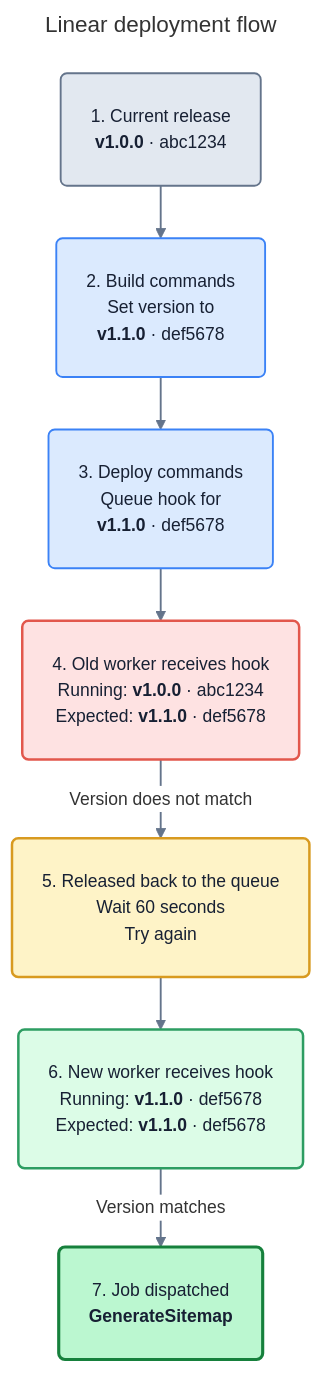
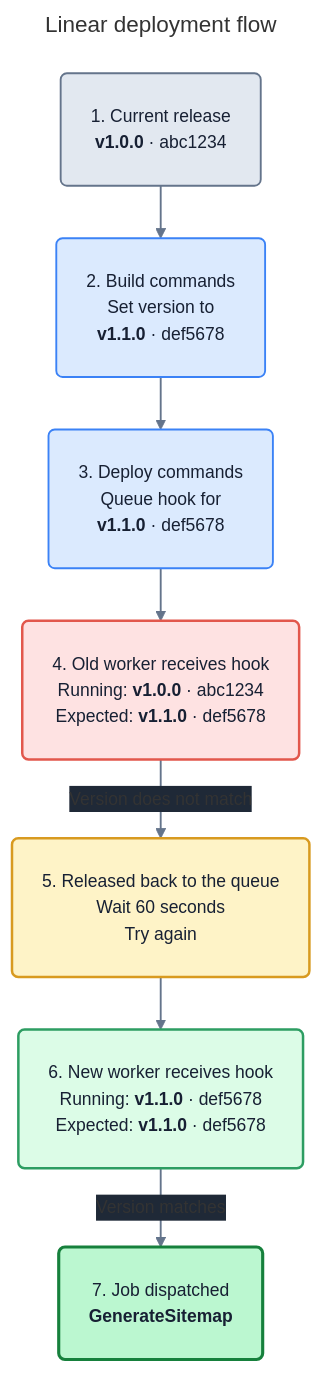
Before and after one commit to mathiasgrimm/laravel-post-deploy-hooks: the second of 2 diagrams in README.md, drawn with Mermaid.

Commit message:
Improve timeline edge label contrast

````diff
--- a/README.md
+++ b/README.md
@@ -116,27 +116,27 @@
 ```mermaid
 ---
 title: Linear deployment flow
 ---
-%%{init: {"flowchart": {"curve": "basis", "padding": 24, "nodeSpacing": 32, "rankSpacing": 42}, "themeVariables": {"fontFamily": "system-ui, sans-serif", "fontSize": "14px", "lineColor": "#64748b", "edgeLabelBackground": "#ffffff"}}}%%
+%%{init: {"flowchart": {"curve": "basis", "padding": 24, "nodeSpacing": 32, "rankSpacing": 42}, "themeVariables": {"fontFamily": "system-ui, sans-serif", "fontSize": "14px", "lineColor": "#64748b", "edgeLabelBackground": "#1f2937"}}}%%
 flowchart TB
     A("1. Current release<br><b>v1.0.0</b> · abc1234"):::current
     B("2. Build commands<br>Set version to<br><b>v1.1.0</b> · def5678"):::action
     C("3. Deploy commands<br>Queue hook for<br><b>v1.1.0</b> · def5678"):::action
     D("4. Old worker receives hook<br>Running: <b>v1.0.0</b> · abc1234<br>Expected: <b>v1.1.0</b> · def5678"):::mismatch
     E("5. Released back to the queue<br>Wait 60 seconds<br>Try again"):::waiting
     F("6. New worker receives hook<br>Running: <b>v1.1.0</b> · def5678<br>Expected: <b>v1.1.0</b> · def5678"):::match
     G("7. Job dispatched<br><b>GenerateSitemap</b>"):::success
 
     A --> B --> C --> D
     D -->|Version does not match| E
     E --> F
     F -->|Version matches| G
 
     classDef current fill:#e2e8f0,stroke:#64748b,color:#172033,stroke-width:1.5px
     classDef action fill:#dbeafe,stroke:#3b82f6,color:#172033,stroke-width:1.5px
     classDef mismatch fill:#fee2e2,stroke:#e2574c,color:#172033,stroke-width:2px
     classDef waiting fill:#fef3c7,stroke:#d89a20,color:#172033,stroke-width:2px
     classDef match fill:#dcfce7,stroke:#2d9d62,color:#172033,stroke-width:2px
     classDef success fill:#bbf7d0,stroke:#16803c,color:#172033,stroke-width:2.5px
     linkStyle default stroke:#64748b,stroke-width:1.5px
 ```
````
